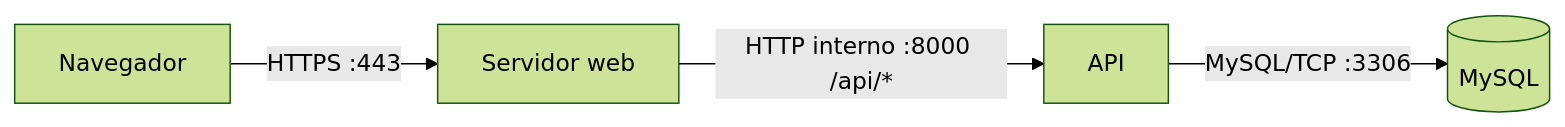
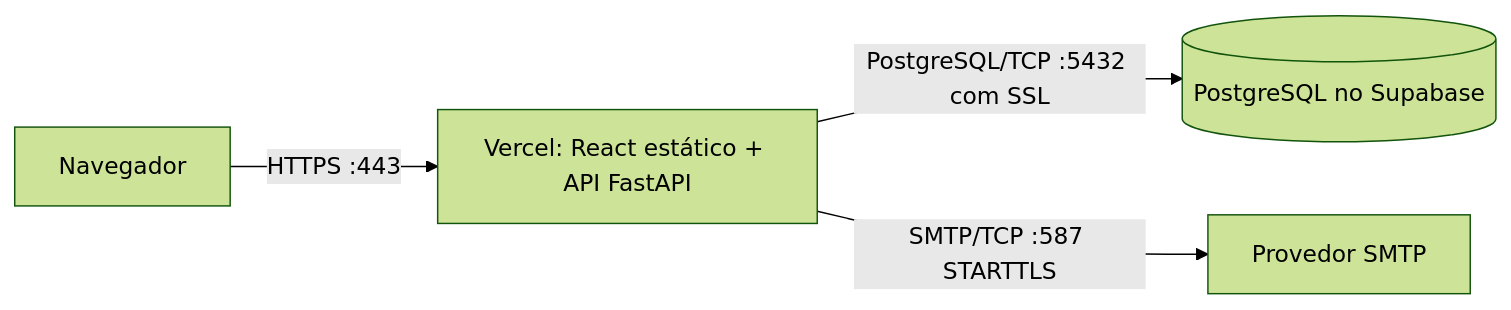
Before and after one commit to WaldemarRobertoKuehn/Persona-Tatuador: the diagram in .docs/infra.md, drawn with Mermaid (forest theme). The commit also changed other lines of this file and 8 other files, not shown here.

````diff
--- a/.docs/infra.md
+++ b/.docs/infra.md
@@ -9,11 +13,11 @@
 ```mermaid
 flowchart LR
     Navegador[Navegador]
-    Web[Servidor web]
-    API[API]
-    Banco[(MySQL)]
+    Vercel[Vercel: React estático + API FastAPI]
+    Banco[(PostgreSQL no Supabase)]
+    SMTP[Provedor SMTP]
 
-    Navegador -->|HTTPS :443| Web
-    Web -->|HTTP interno :8000 /api/*| API
-    API -->|MySQL/TCP :3306| Banco
+    Navegador -->|HTTPS :443| Vercel
+    Vercel -->|PostgreSQL/TCP :5432 com SSL| Banco
+    Vercel -->|SMTP/TCP :587 STARTTLS| SMTP
 ```
````
